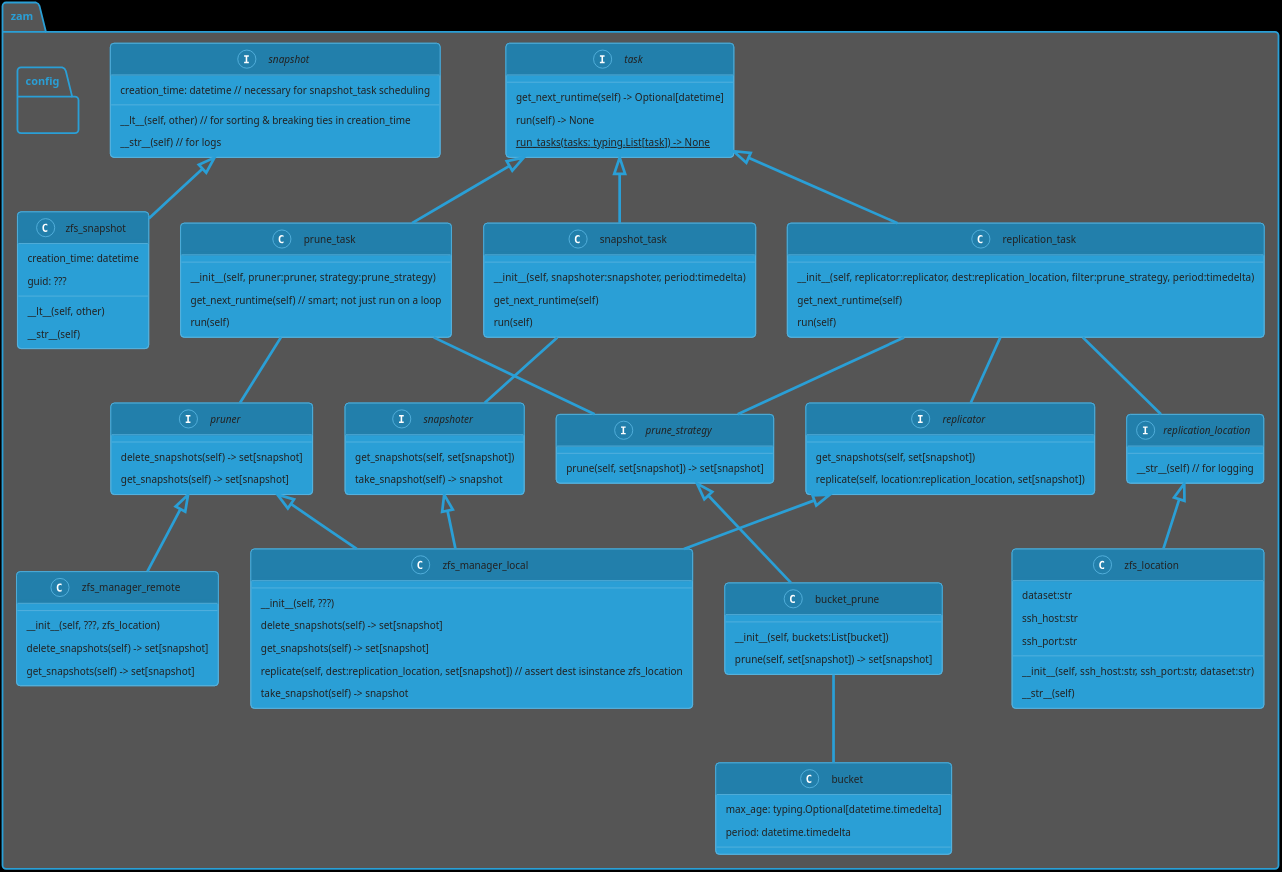
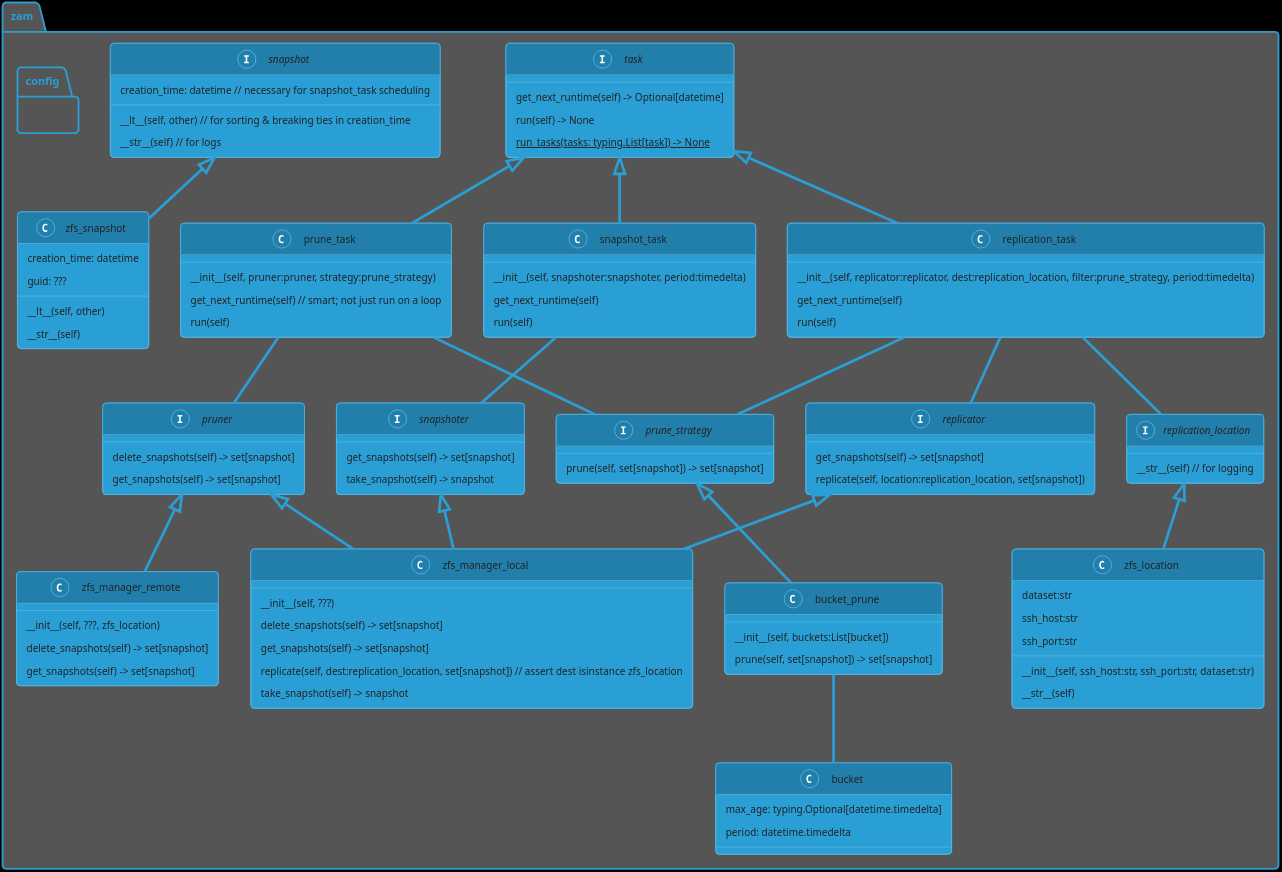
The diagram in docs/class_diagram.plantuml (Ivan-Johnson/ZAM), drawn with PlantUML before and after one commit.

Commit message:
Fix a couple typos in class diagram

```diff
--- a/docs/class_diagram.plantuml
+++ b/docs/class_diagram.plantuml
@@ -2,134 +2,134 @@
 @startuml
 !theme cyborg
 skinparam backgroundColor black
 skinparam dpi 300
 
 package "zam" {
 	interface task {
 		get_next_runtime(self) -> Optional[datetime]
 		run(self) -> None
 		{static} run_tasks(tasks: typing.List[task]) -> None
 	}
 
 	interface snapshot {
 		__lt__(self, other) // for sorting & breaking ties in creation_time
 		__str__(self) // for logs
 		creation_time: datetime // necessary for snapshot_task scheduling
 	}
 
 	class zfs_snapshot {
 		__lt__(self, other)
 		__str__(self)
 		creation_time: datetime
 		guid: ???
 	}
 	zfs_snapshot -up-|> snapshot
 
 	interface snapshoter {
-		get_snapshots(self, set[snapshot])
+		get_snapshots(self) -> set[snapshot]
 		take_snapshot(self) -> snapshot
 	}
 
 	class snapshot_task {
 		__init__(self, snapshoter:snapshoter, period:timedelta)
 		get_next_runtime(self)
 		run(self)
 	}
 
 	snapshot_task -up-|> task
 	snapshot_task -- snapshoter
 
 	interface replicator {
-		get_snapshots(self, set[snapshot])
+		get_snapshots(self) -> set[snapshot]
 		replicate(self, location:replication_location, set[snapshot])
 	}
 
 	interface replication_location {
 		__str__(self) // for logging
 	}
 
 	class replication_task {
 		__init__(self, replicator:replicator, dest:replication_location, filter:prune_strategy, period:timedelta)
 		get_next_runtime(self)
 		run(self)
 	}
 
 	replication_task -up-|> task
 	replication_task -- replicator
 	replication_task -- replication_location
 	replication_task -- prune_strategy
 
 	class prune_task {
 		__init__(self, pruner:pruner, strategy:prune_strategy)
 		get_next_runtime(self) // smart; not just run on a loop
 		run(self)
 	}
 
 	interface prune_strategy {
 		prune(self, set[snapshot]) -> set[snapshot]
 	}
 
 	interface pruner {
 		delete_snapshots(self) -> set[snapshot]
 		get_snapshots(self) -> set[snapshot]
 	}
 
 	prune_task -up-|> task
 	prune_task -- pruner
 	prune_task -- prune_strategy
 
 	class bucket {
 		'This probably shouldn't be a separate class
 		max_age: typing.Optional[datetime.timedelta]
 		period: datetime.timedelta
 	}
 
 	class bucket_prune {
 		__init__(self, buckets:List[bucket])
 		prune(self, set[snapshot]) -> set[snapshot]
 	}
 	bucket_prune -up-|> prune_strategy
 	bucket_prune -- bucket
 
 	class zfs_location {
 		__init__(self, ssh_host:str, ssh_port:str, dataset:str)
 		__str__(self)
 		dataset:str
 		ssh_host:str
 		ssh_port:str
 	}
 	zfs_location -up-|> replication_location
 
 	class zfs_manager_local {
 		__init__(self, ???)
 		delete_snapshots(self) -> set[snapshot]
 		get_snapshots(self) -> set[snapshot]
 		replicate(self, dest:replication_location, set[snapshot]) // assert dest isinstance zfs_location
 		take_snapshot(self) -> snapshot
 	}
 	zfs_manager_local -up-|> pruner
 	zfs_manager_local -up-|> replicator
 	zfs_manager_local -up-|> snapshoter
 
 	class zfs_manager_remote {
 		__init__(self, ???, zfs_location)
 		delete_snapshots(self) -> set[snapshot]
 		get_snapshots(self) -> set[snapshot]
 	}
 	zfs_manager_remote -up-|> pruner
 
 	package "config" {
 	}
 
 	'TODO #17: there's still a lot missing
 	'* need to de-duplicate {zfs_manager_remote,zfs_manager_local}.{get_snapshots(), delete_snapshots()}
 	'  * maybe a single ZFS class that gets given an interface for running
 	'    commands? It'd have to be a pretty complex interface to support piping
 	'    commands for zfs_manager_local.replicate(), and that's not even something that
 	'    we need for zfs_manager_remote...
 	'  * Maybe just common get_{getter,deletor}_command() and
 	'    parse_{getter,deletor}_output() function?
 	'* Design config classes/json structure
 }
 
 @enduml
```
